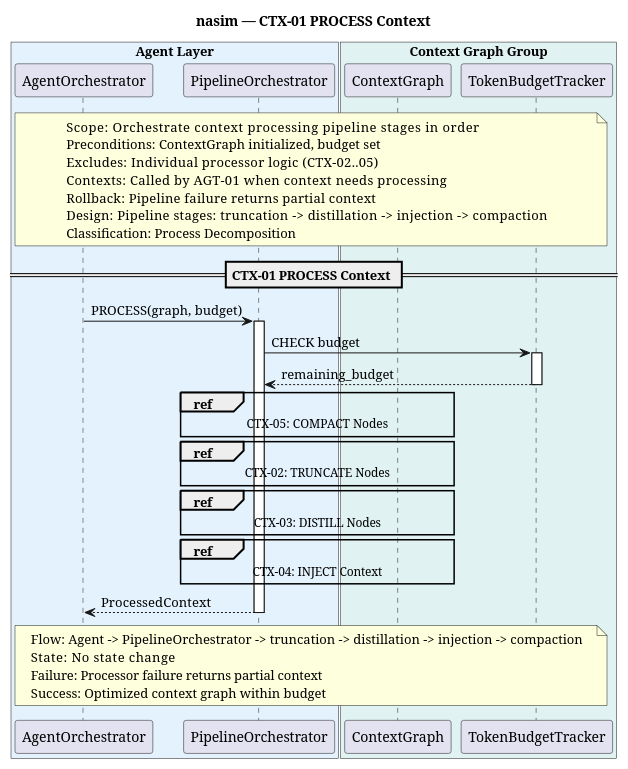
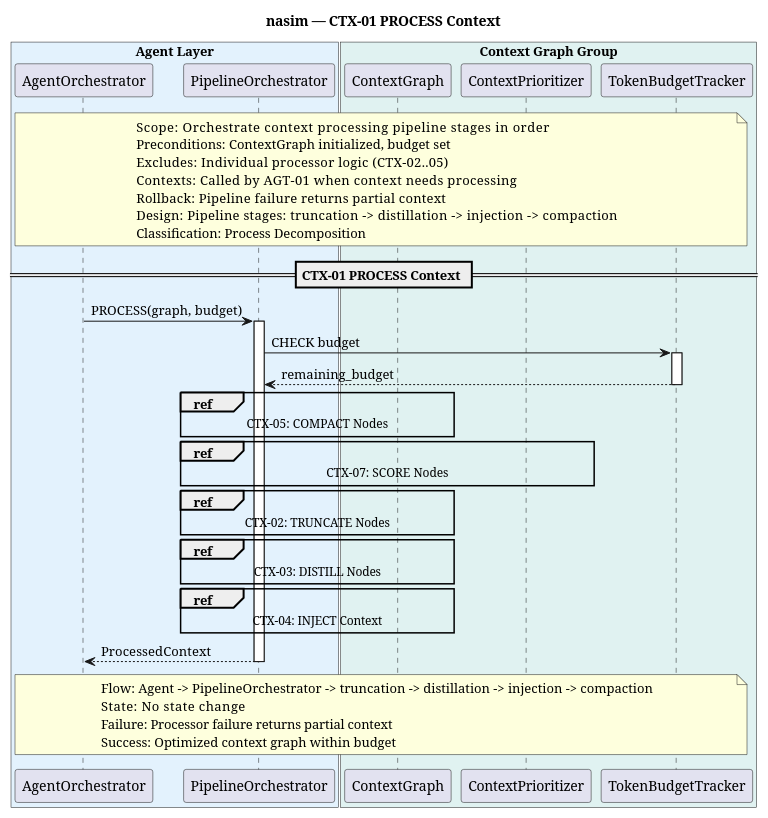
One commit to salimnamvar/nasim changed the diagram in docs/SQ/CTX/sq_ctx01_process_context.puml. Above: the diagram before and after it, drawn with PlantUML. The commit also changed 18 other files, not shown here.

Commit message:
docs: Update component diagrams and API documentation for improved clarity and structure

```diff
--- a/docs/SQ/CTX/sq_ctx01_process_context.puml
+++ b/docs/SQ/CTX/sq_ctx01_process_context.puml
@@ -1,69 +1,74 @@
 @startuml sq_ctx01_process_context
 ' ============================================================
 ' Title:     CTX-01 — PROCESS Context
 ' Boundary:  nasim code agent
 ' Purpose:   Orchestrate context processing pipeline stages
 ' Milestone: v1.0
 ' Version:   1.0.0
 ' Source:    docs/UC/README.md
 ' Review:    docs/SQ/README.md
 ' ============================================================
 
 title nasim — CTX-01 PROCESS Context
 
 box "Agent Layer" #E3F2FD
   participant "AgentOrchestrator" as agent
   participant "PipelineOrchestrator" as pipeline
 end box
 box "Context Graph Group" #E0F2F1
   participant "ContextGraph" as graph
+  participant "ContextPrioritizer" as prioritizer
   participant "TokenBudgetTracker" as tracker
 end box
 
 note over agent, tracker
   Scope:          Orchestrate context processing pipeline stages in order
   Preconditions:  ContextGraph initialized, budget set
   Excludes:       Individual processor logic (CTX-02..05)
   Contexts:       Called by AGT-01 when context needs processing
   Rollback:       Pipeline failure returns partial context
   Design:         Pipeline stages: truncation -> distillation -> injection -> compaction
   Classification: Process Decomposition
 end note
 
 == CTX-01 PROCESS Context ==
 
 agent -> pipeline : PROCESS(graph, budget)
 activate pipeline
 
 pipeline -> tracker : CHECK budget
 activate tracker
 tracker --> pipeline : remaining_budget
 deactivate tracker
 
 ref over pipeline, graph
   CTX-05: COMPACT Nodes
 end ref
 
+ref over pipeline, prioritizer, graph
+  CTX-07: SCORE Nodes
+end ref
+
 ref over pipeline, graph
   CTX-02: TRUNCATE Nodes
 end ref
 
 ref over pipeline, graph
   CTX-03: DISTILL Nodes
 end ref
 
 ref over pipeline, graph
   CTX-04: INJECT Context
 end ref
 
 pipeline --> agent : ProcessedContext
 deactivate pipeline
 
 note over agent, tracker
   Flow:    Agent -> PipelineOrchestrator -> truncation -> distillation -> injection -> compaction
   State:   No state change
   Failure: Processor failure returns partial context
   Success: Optimized context graph within budget
 end note
 
 @enduml
```
